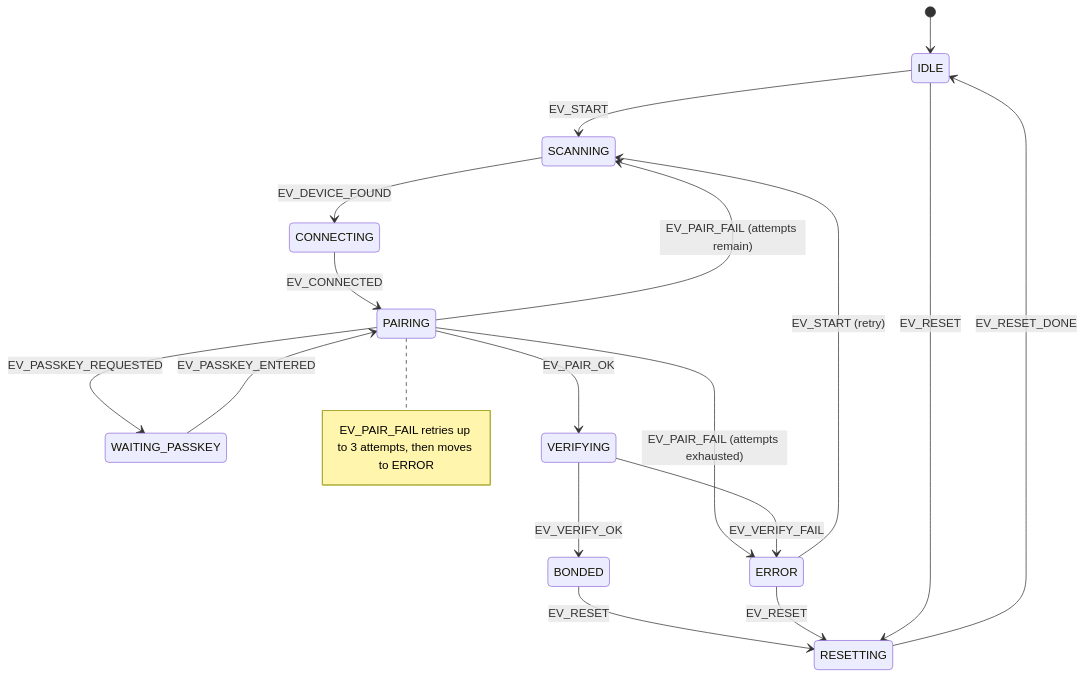
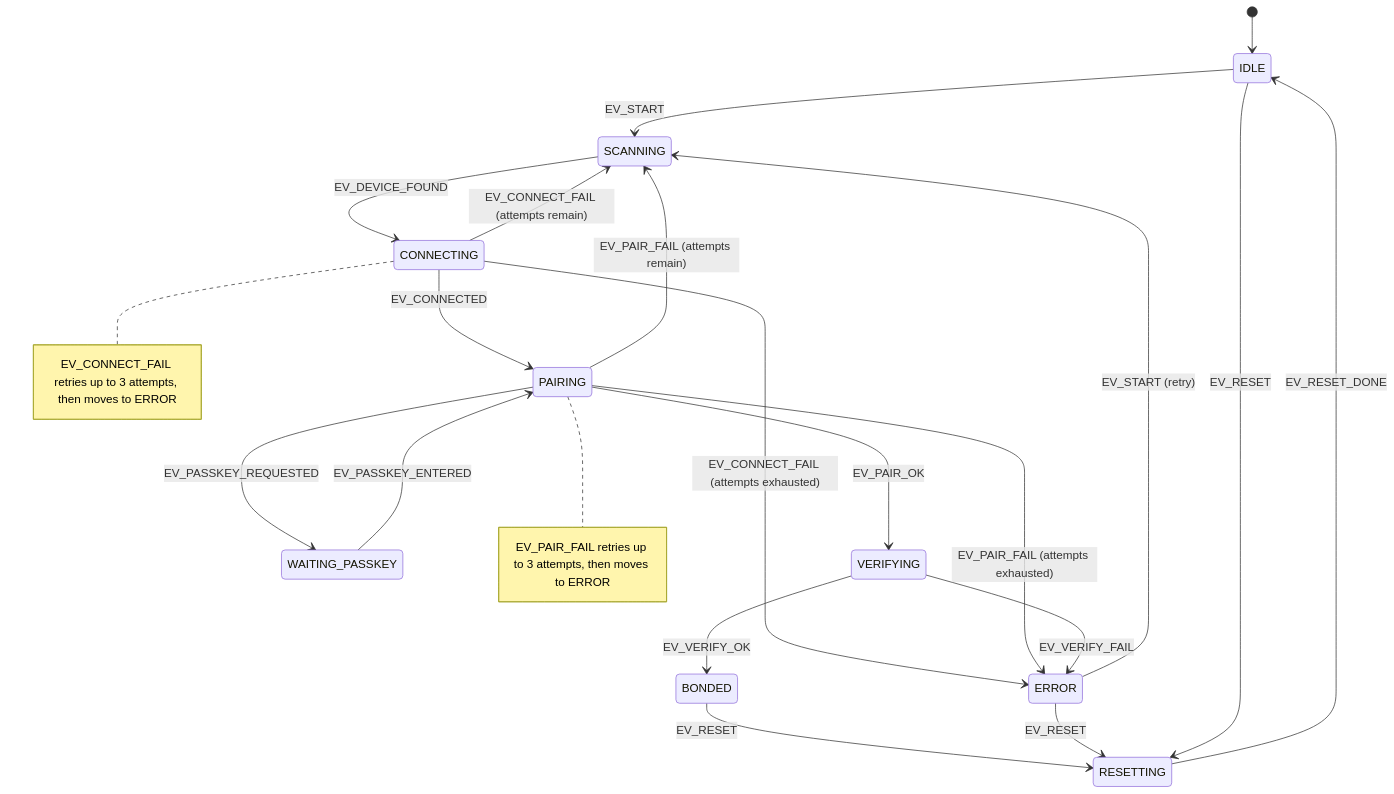
One commit to ckeller42/open-california changed the diagram in docs/business-logic/guided-pairing.md. Above: the diagram before and after it, drawn with Mermaid. The commit also changed other lines of this file and 4 other files, not shown here.

First line of the commit message:
pairing: a failed connect retries, then ends on connect_failed (was a silent 15 s timeout)

````diff
--- a/docs/business-logic/guided-pairing.md
+++ b/docs/business-logic/guided-pairing.md
@@ -29,22 +29,27 @@
 ```mermaid
 stateDiagram-v2
   [*] --> IDLE
   IDLE --> SCANNING: EV_START
   ERROR --> SCANNING: EV_START (retry)
   SCANNING --> CONNECTING: EV_DEVICE_FOUND
   CONNECTING --> PAIRING: EV_CONNECTED
+  CONNECTING --> SCANNING: EV_CONNECT_FAIL (attempts remain)
+  CONNECTING --> ERROR: EV_CONNECT_FAIL (attempts exhausted)
   PAIRING --> WAITING_PASSKEY: EV_PASSKEY_REQUESTED
   WAITING_PASSKEY --> PAIRING: EV_PASSKEY_ENTERED
   PAIRING --> VERIFYING: EV_PAIR_OK
   PAIRING --> SCANNING: EV_PAIR_FAIL (attempts remain)
   PAIRING --> ERROR: EV_PAIR_FAIL (attempts exhausted)
   VERIFYING --> BONDED: EV_VERIFY_OK
   VERIFYING --> ERROR: EV_VERIFY_FAIL
   BONDED --> RESETTING: EV_RESET
   ERROR --> RESETTING: EV_RESET
   IDLE --> RESETTING: EV_RESET
   RESETTING --> IDLE: EV_RESET_DONE
   note right of PAIRING
     EV_PAIR_FAIL retries up to 3 attempts, then moves to ERROR
   end note
+  note right of CONNECTING
+    EV_CONNECT_FAIL retries up to 3 attempts, then moves to ERROR
+  end note
 ```
````
